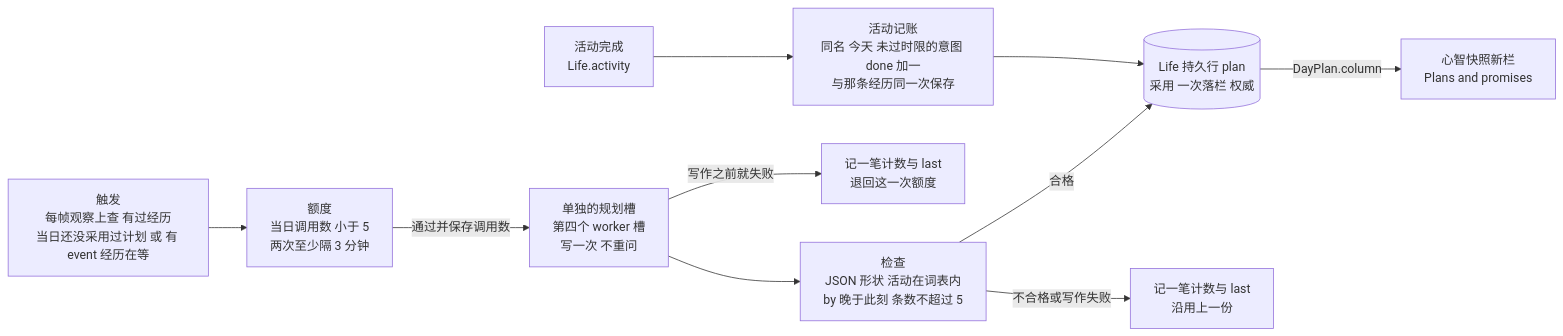
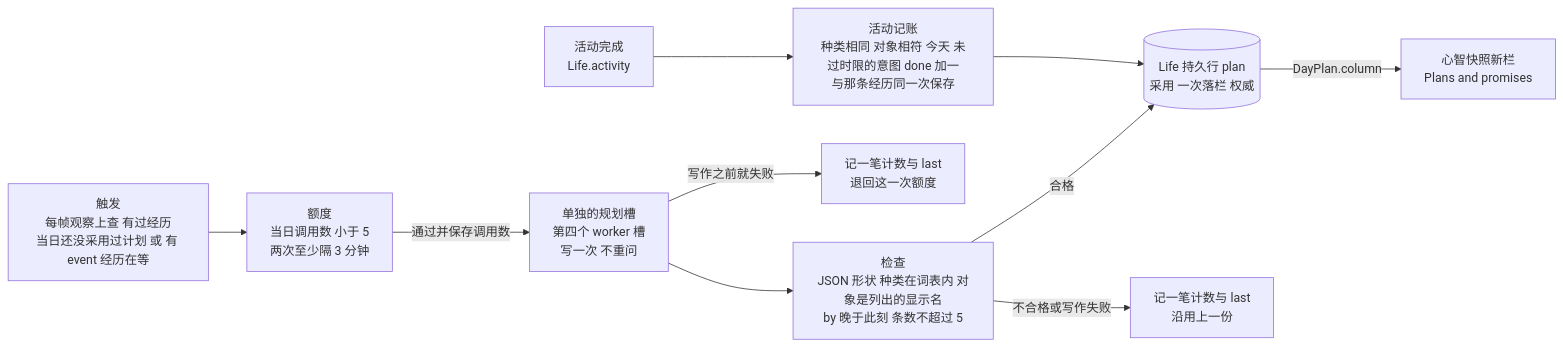
The fifth of 6 diagrams in apps/npc_server/lib/npc_server/README.md (dyzdyz010/ex_mmo_cluster), drawn with Mermaid before and after one commit. The commit also changed other lines of this file and 13 other files, not shown here.

````diff
--- a/apps/npc_server/lib/npc_server/README.md
+++ b/apps/npc_server/lib/npc_server/README.md
@@ -909,12 +914,12 @@
 ```mermaid
 flowchart LR
   T[触发<br/>每帧观察上查 有过经历<br/>当日还没采用过计划 或 有 event 经历在等] --> Q[额度<br/>当日调用数 小于 5<br/>两次至少隔 3 分钟]
   Q -->|通过并保存调用数| W[单独的规划槽<br/>第四个 worker 槽<br/>写一次 不重问]
-  W --> C[检查<br/>JSON 形状 活动在词表内<br/>by 晚于此刻 条数不超过 5]
+  W --> C[检查<br/>JSON 形状 种类在词表内 对象是列出的显示名<br/>by 晚于此刻 条数不超过 5]
   C -->|合格| A[(Life 持久行 plan<br/>采用 一次落栏 权威)]
   C -->|不合格或写作失败| F[记一笔计数与 last<br/>沿用上一份]
   W -->|写作之前就失败| R[记一笔计数与 last<br/>退回这一次额度]
-  X[活动完成<br/>Life.activity] --> B[活动记账<br/>同名 今天 未过时限的意图 done 加一<br/>与那条经历同一次保存]
+  X[活动完成<br/>Life.activity] --> B[活动记账<br/>种类相同 对象相符 今天 未过时限的意图 done 加一<br/>与那条经历同一次保存]
   B --> A
   A -->|DayPlan.column| M[心智快照新栏<br/>Plans and promises]
 ```
````
